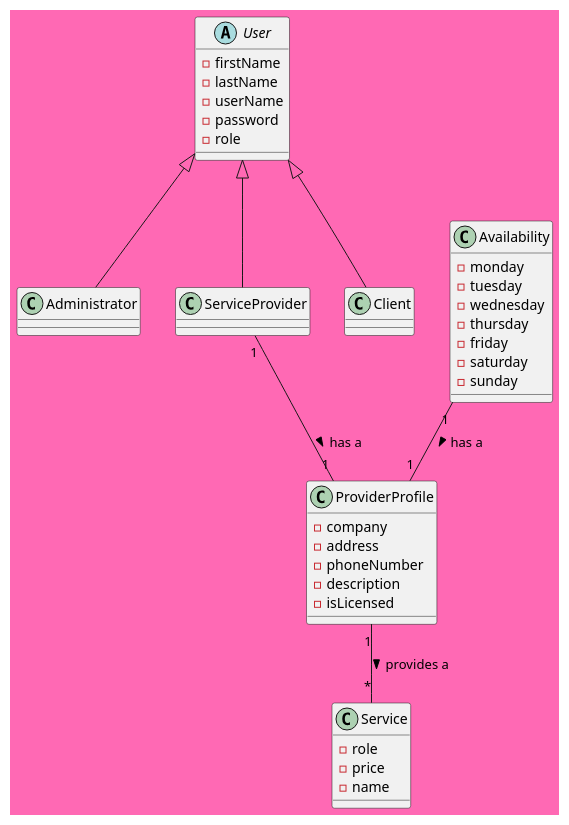
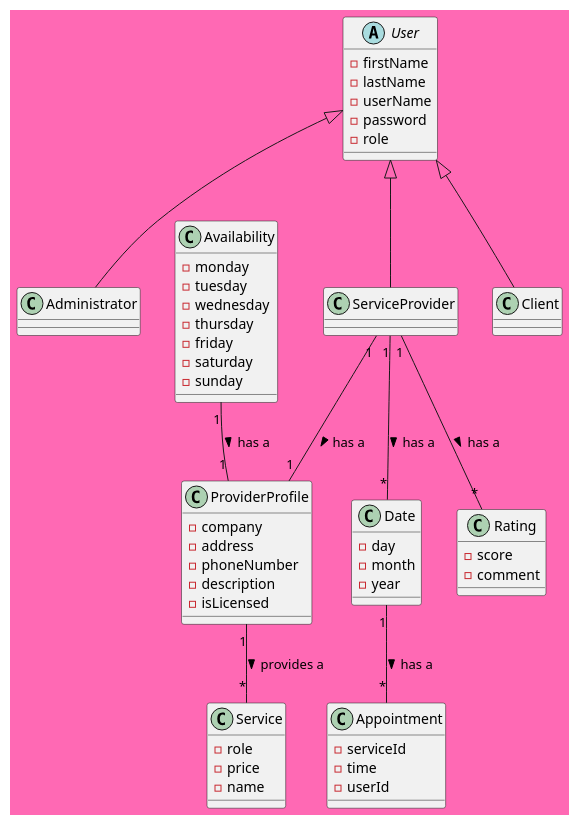
One commit to callmekungfu/chad changed the diagram in accountManagementUML.puml. Above: the diagram before and after it, drawn with PlantUML. The commit also changed 1 other file, not shown here.

Commit message:
updated uml for dev 4

```diff
--- a/accountManagementUML.puml
+++ b/accountManagementUML.puml
@@ -2,51 +2,70 @@
-@startuml Account Management
-
+@startuml
 skinparam backgroundColor HotPink
 
     abstract class User{
         -firstName
         -lastName
         -userName
         -password
         -role
     }
 
     class Administrator extends User{
 
     }
 
     class ServiceProvider extends User{
 
     }
     class Client extends User{
 
+    }
+    class Rating {
+      -score
+      -comment
     }
 
     class Service{
       -role
       -price
       -name
     }
 
     class ProviderProfile{
       -company
       -address
       -phoneNumber
       -description
       -isLicensed
     }
 
     class Availability {
       -monday
       -tuesday
       -wednesday
       -thursday
       -friday
       -saturday
       -sunday
     }
 
+    class Date {
+      -day
+      -month
+      -year
+    }
+
+    class Appointment {
+      -serviceId
+      -time
+      -userId
+    }
+
+
     ServiceProvider "1" -- "1" ProviderProfile: > has a
+    ServiceProvider "1" -- "*" Rating: > has a
+    ServiceProvider "1" -- "*" Date: > has a
+    Date "1" -- "*" Appointment: > has a
     ProviderProfile "1" -- "*" Service: > provides a
     Availability "1" -- "1" ProviderProfile: > has a
 @enduml
```
